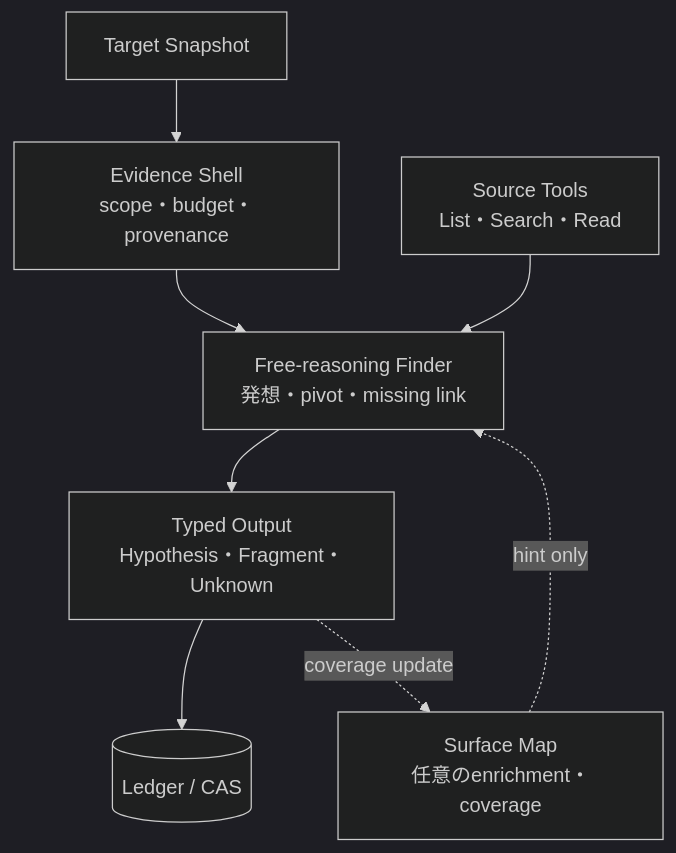
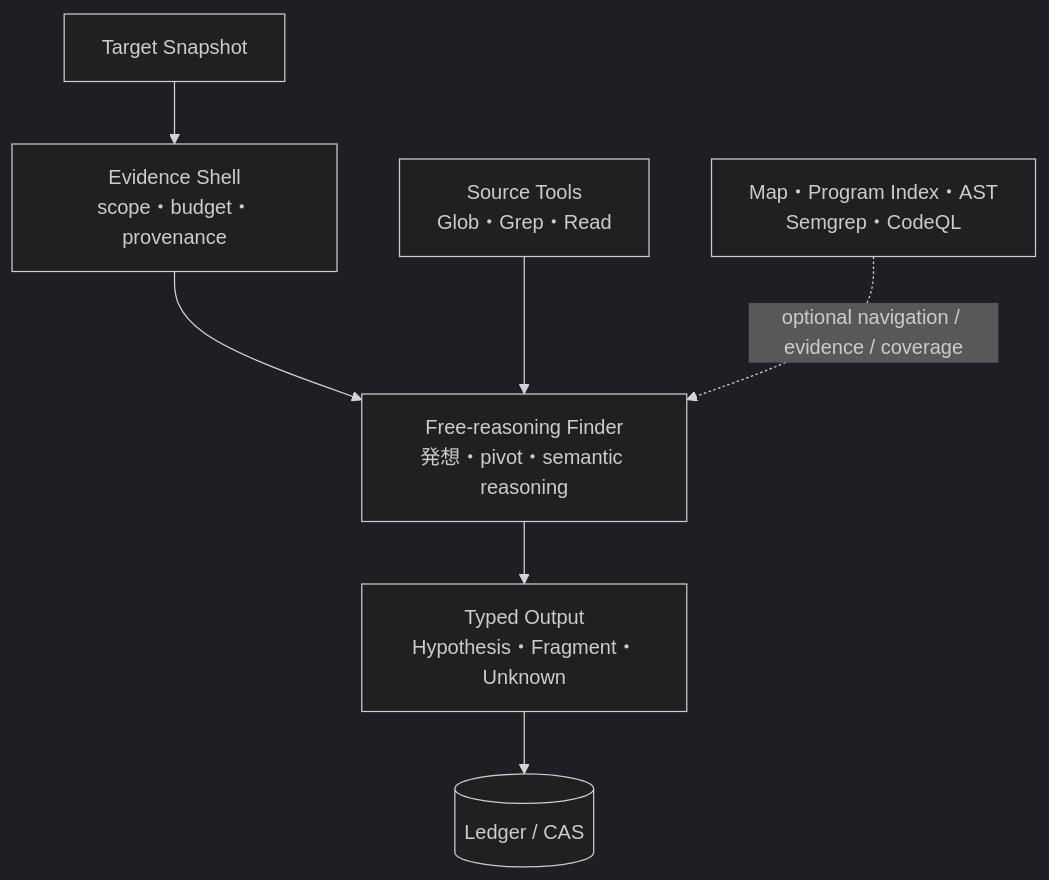
The first of 4 diagrams in docs/design/architecture/autonomous-research-loop.md (momoponwork1415-lgtm/wordpress-harness), drawn with Mermaid (dark theme) before and after one commit. The commit also changed other lines of this file, not shown here.

Commit message:
Make semantic research the normal loop

````diff
--- a/docs/design/architecture/autonomous-research-loop.md
+++ b/docs/design/architecture/autonomous-research-loop.md
@@ -9,15 +9,14 @@
 ```mermaid
 flowchart TB
     target["Target Snapshot"]
     shell["Evidence Shell<br/>scope・budget・provenance"]
-    tools["Source Tools<br/>List・Search・Read"]
-    finder["Free-reasoning Finder<br/>発想・pivot・missing link"]
+    tools["Source Tools<br/>Glob・Grep・Read"]
+    finder["Free-reasoning Finder<br/>発想・pivot・semantic reasoning"]
     output["Typed Output<br/>Hypothesis・Fragment・Unknown"]
     record[("Ledger / CAS")]
-    map["Surface Map<br/>任意のenrichment・coverage"]
+    static["Map・Program Index・AST<br/>Semgrep・CodeQL"]
 
     target --> shell --> finder --> output --> record
     tools --> finder
-    map -. "hint only" .-> finder
-    output -. "coverage update" .-> map
+    static -. "optional navigation / evidence / coverage" .-> finder
 ```
````
